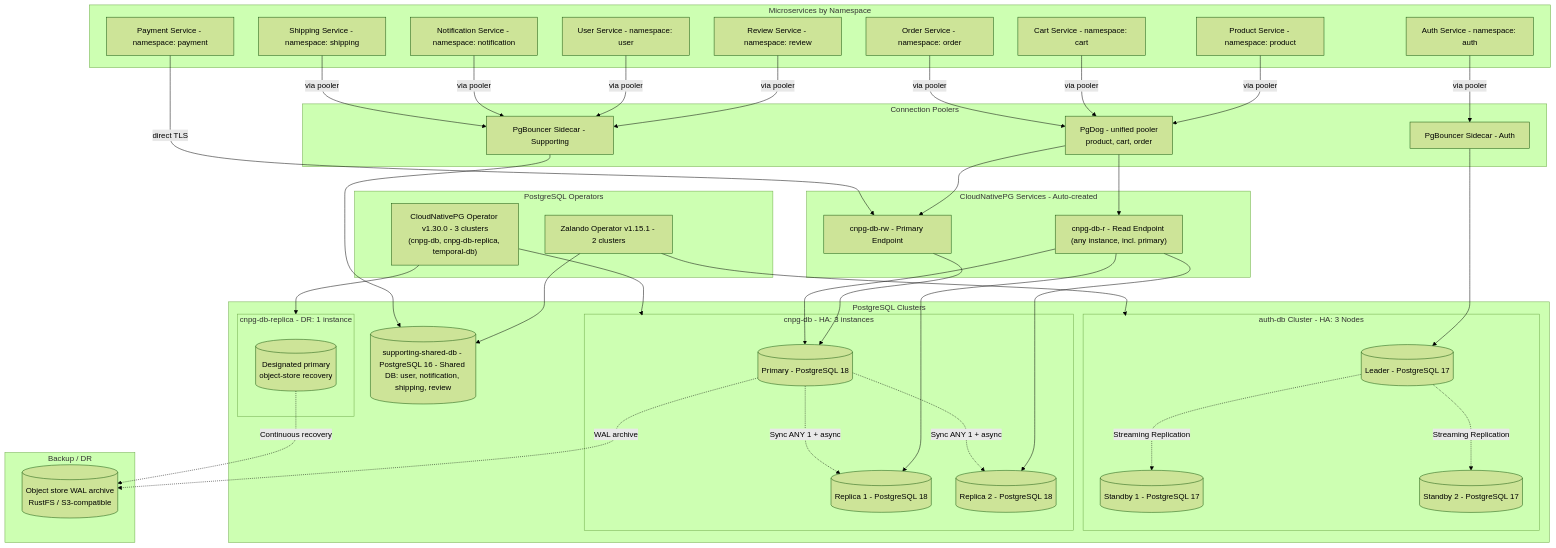
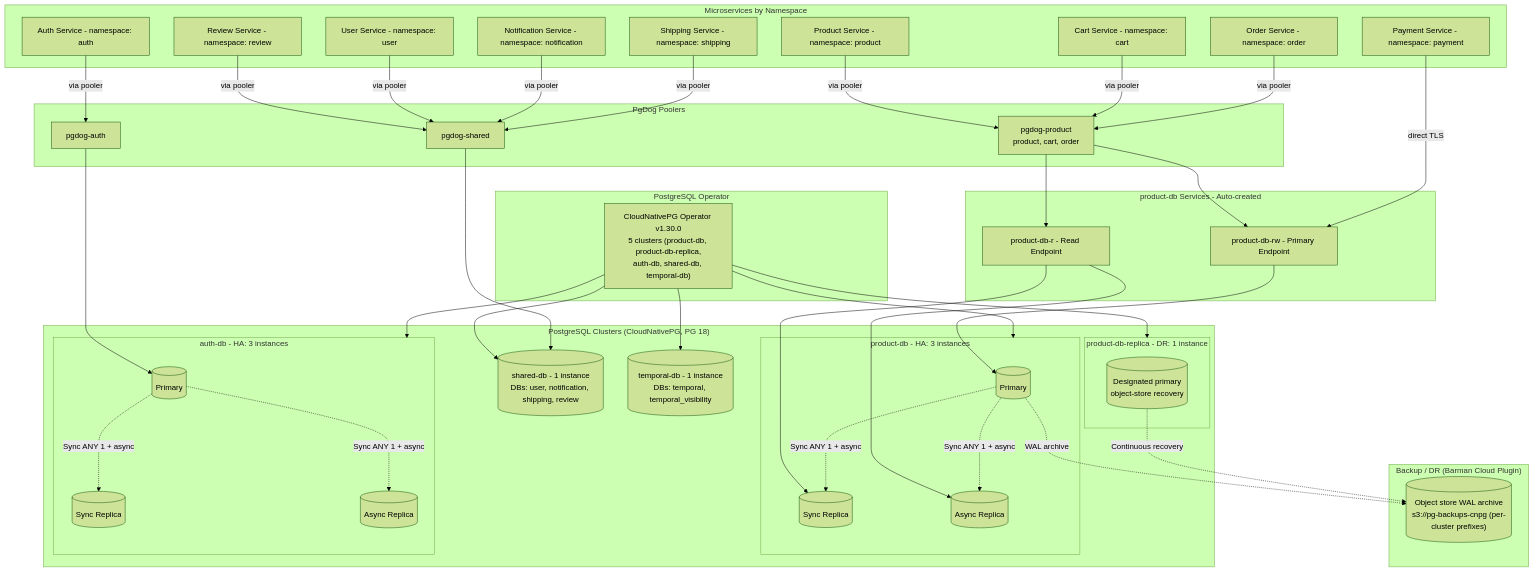
Before and after one commit to duynhlab/homelab: the diagram in docs/databases/002-database-integration.md, drawn with Mermaid (forest theme). The commit also changed other lines of this file and 36 other files, not shown here.

First line of the commit message:
Update docs and diagrams for the all-CNPG topology

````diff
--- a/docs/databases/002-database-integration.md
+++ b/docs/databases/002-database-integration.md
@@ -32,10 +47,9 @@
 ```mermaid
 flowchart TB
-    subgraph Operators["PostgreSQL Operators"]
-        Zalando["Zalando Operator v1.15.1 - 2 clusters"]
-        CloudNativePG["CloudNativePG Operator v1.30.0 - 3 clusters<br/>(cnpg-db, cnpg-db-replica, temporal-db)"]
+    subgraph Operator["PostgreSQL Operator"]
+        CloudNativePG["CloudNativePG Operator v1.30.0<br/>5 clusters (product-db, product-db-replica,<br/>auth-db, shared-db, temporal-db)"]
     end
-    
+
     subgraph Services["Microservices by Namespace"]
         AuthSvc["Auth Service - namespace: auth"]
         ProductSvc["Product Service - namespace: product"]
@@ -47,70 +61,71 @@
         NotificationSvc["Notification Service - namespace: notification"]
         ShippingSvc["Shipping Service - namespace: shipping"]
     end
-    
-    subgraph Poolers["Connection Poolers"]
-        PgBouncerAuth["PgBouncer Sidecar - Auth"]
-        PgBouncerSupporting["PgBouncer Sidecar - Supporting"]
-        PgDogCNPG["PgDog - unified pooler<br/>product, cart, order"]
+
+    subgraph Poolers["PgDog Poolers"]
+        PgDogAuth["pgdog-auth"]
+        PgDogShared["pgdog-shared"]
+        PgDogProduct["pgdog-product<br/>product, cart, order"]
     end
-    
-    subgraph Clusters["PostgreSQL Clusters"]
-        subgraph AuthDBCluster["auth-db Cluster - HA: 3 Nodes"]
-            AuthLeader[("Leader - PostgreSQL 17")]
-            AuthStandby1[("Standby 1 - PostgreSQL 17")]
-            AuthStandby2[("Standby 2 - PostgreSQL 17")]
+
+    subgraph Clusters["PostgreSQL Clusters (CloudNativePG, PG 18)"]
+        subgraph ProductCluster["product-db - HA: 3 instances"]
+            ProductPrimary[("Primary")]
+            ProductReplica1[("Sync Replica")]
+            ProductReplica2[("Async Replica")]
         end
-        
-        subgraph CnpgPrimary["cnpg-db - HA: 3 instances"]
-            CnpgPrimaryNode[("Primary - PostgreSQL 18")]
-            CnpgReplica1[("Replica 1 - PostgreSQL 18")]
-            CnpgReplica2[("Replica 2 - PostgreSQL 18")]
+
+        subgraph ProductDR["product-db-replica - DR: 1 instance"]
+            ProductDRNode[("Designated primary<br/>object-store recovery")]
         end
-        
-        subgraph CnpgDR["cnpg-db-replica - DR: 1 instance"]
-            CnpgDRNode[("Designated primary<br/>object-store recovery")]
+
+        subgraph AuthCluster["auth-db - HA: 3 instances"]
+            AuthPrimary[("Primary")]
+            AuthReplica1[("Sync Replica")]
+            AuthReplica2[("Async Replica")]
         end
-        
-        SupportingDB[("supporting-shared-db - PostgreSQL 16 - Shared DB: user, notification, shipping, review")]
+
+        SharedDB[("shared-db - 1 instance<br/>DBs: user, notification, shipping, review")]
+        TemporalDB[("temporal-db - 1 instance<br/>DBs: temporal, temporal_visibility")]
     end
-    
-    subgraph ObjectStore["Backup / DR"]
-        RustFS[("Object store WAL archive<br/>RustFS / S3-compatible")]
+
+    subgraph ObjectStore["Backup / DR (Barman Cloud Plugin)"]
+        Bucket[("Object store WAL archive<br/>s3://pg-backups-cnpg (per-cluster prefixes)")]
     end
-    
-    subgraph CloudNativePGSvc["CloudNativePG Services - Auto-created"]
-        CnpgRW["cnpg-db-rw - Primary Endpoint"]
-        CnpgR["cnpg-db-r - Read Endpoint (any instance, incl. primary)"]
+
+    subgraph ProductSvcEP["product-db Services - Auto-created"]
+        ProductRW["product-db-rw - Primary Endpoint"]
+        ProductR["product-db-r - Read Endpoint"]
     end
-    
-    Zalando --> AuthDBCluster
-    Zalando --> SupportingDB
-    CloudNativePG --> CnpgPrimary
-    CloudNativePG --> CnpgDR
-    
-    CnpgRW --> CnpgPrimaryNode
-    CnpgR --> CnpgPrimaryNode
-    CnpgR --> CnpgReplica1
-    CnpgR --> CnpgReplica2
-    
-    AuthSvc -->|via pooler| PgBouncerAuth
-    PgBouncerAuth --> AuthLeader
-    ProductSvc -->|via pooler| PgDogCNPG
-    CartSvc -->|via pooler| PgDogCNPG
-    OrderSvc -->|via pooler| PgDogCNPG
-    PgDogCNPG --> CnpgRW
-    PgDogCNPG --> CnpgR
-    PaymentSvc -->|direct TLS| CnpgRW
-    ReviewSvc -->|via pooler| PgBouncerSupporting
-    UserSvc -->|via pooler| PgBouncerSupporting
-    NotificationSvc -->|via pooler| PgBouncerSupporting
-    ShippingSvc -->|via pooler| PgBouncerSupporting
-    PgBouncerSupporting --> SupportingDB
-    
-    AuthLeader -.->|Streaming Replication| AuthStandby1
-    AuthLeader -.->|Streaming Replication| AuthStandby2
-    CnpgPrimaryNode -.->|Sync ANY 1 + async| CnpgReplica1
-    CnpgPrimaryNode -.->|Sync ANY 1 + async| CnpgReplica2
-    CnpgPrimaryNode -.->|WAL archive| RustFS
-    CnpgDRNode -.->|Continuous recovery| RustFS
+
+    CloudNativePG --> ProductCluster
+    CloudNativePG --> ProductDR
+    CloudNativePG --> AuthCluster
+    CloudNativePG --> SharedDB
+    CloudNativePG --> TemporalDB
+
+    ProductRW --> ProductPrimary
+    ProductR --> ProductReplica1
+    ProductR --> ProductReplica2
+
+    AuthSvc -->|via pooler| PgDogAuth
+    PgDogAuth --> AuthPrimary
+    ProductSvc -->|via pooler| PgDogProduct
+    CartSvc -->|via pooler| PgDogProduct
+    OrderSvc -->|via pooler| PgDogProduct
+    PgDogProduct --> ProductRW
+    PgDogProduct --> ProductR
+    PaymentSvc -->|direct TLS| ProductRW
+    ReviewSvc -->|via pooler| PgDogShared
+    UserSvc -->|via pooler| PgDogShared
+    NotificationSvc -->|via pooler| PgDogShared
+    ShippingSvc -->|via pooler| PgDogShared
+    PgDogShared --> SharedDB
+
+    AuthPrimary -.->|Sync ANY 1 + async| AuthReplica1
+    AuthPrimary -.->|Sync ANY 1 + async| AuthReplica2
+    ProductPrimary -.->|Sync ANY 1 + async| ProductReplica1
+    ProductPrimary -.->|Sync ANY 1 + async| ProductReplica2
+    ProductPrimary -.->|WAL archive| Bucket
+    ProductDRNode -.->|Continuous recovery| Bucket
 ```
````
